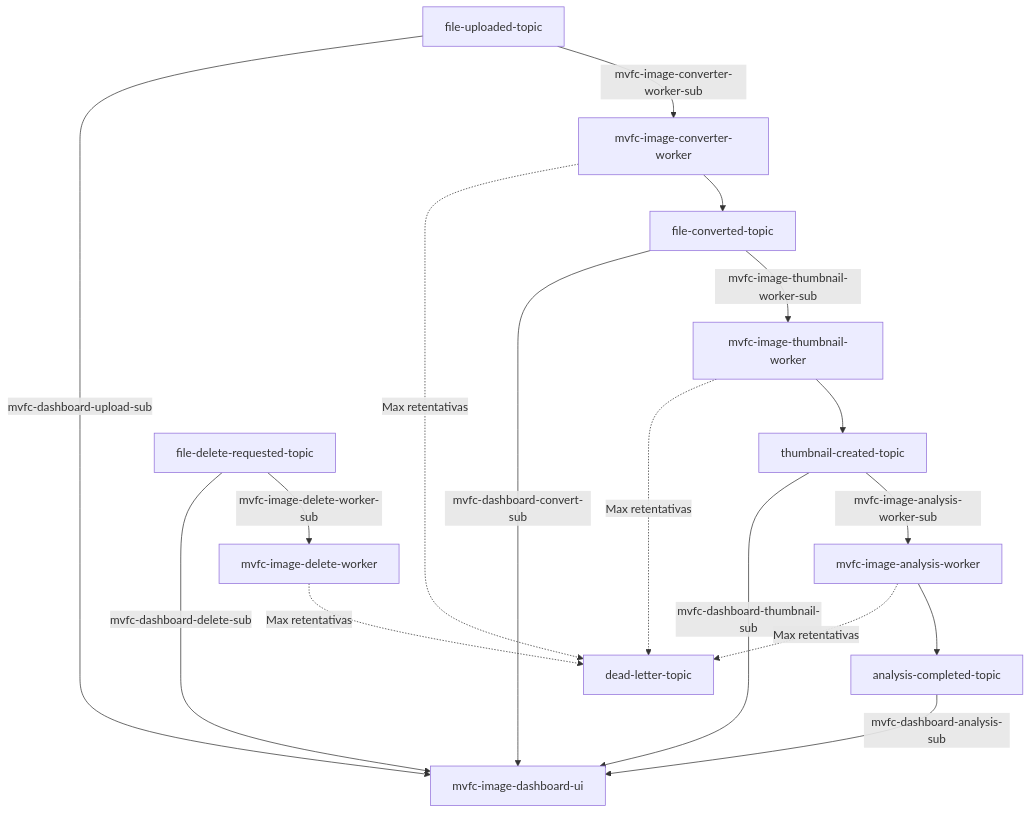
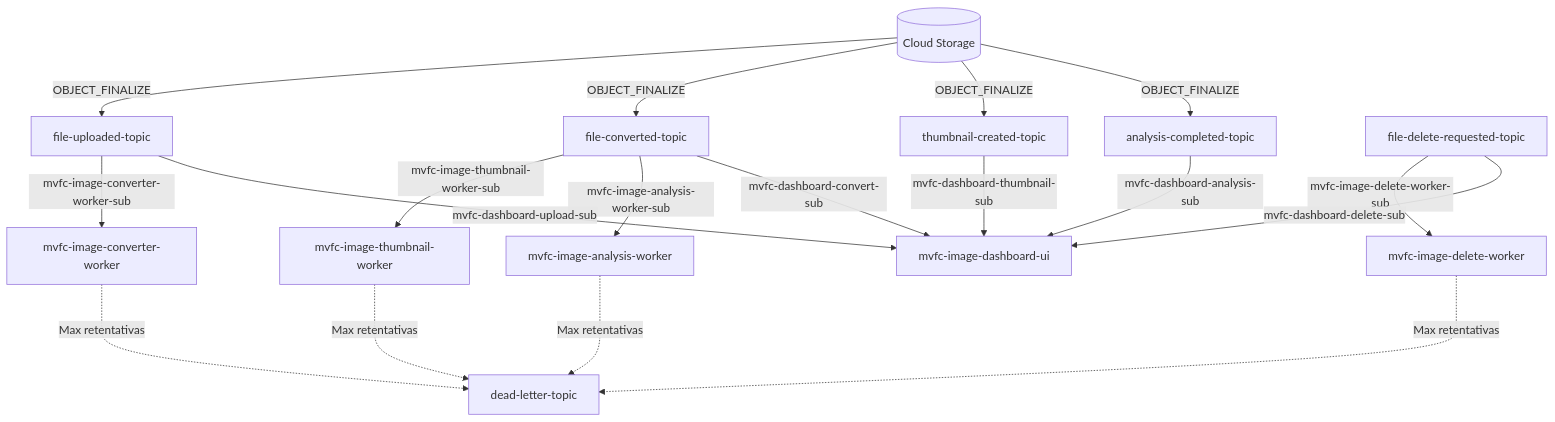
Before and after one commit to Marcus-V-Freitas/MVFC.ImageProcessing: the sixth of 6 diagrams in README.pt-BR.md, drawn with Mermaid. The commit also changed other lines of this file and 48 other files, not shown here.

First line of the commit message:
feat(architecture): migrate pipeline to GCS Object Notifications

````diff
--- a/README.pt-BR.md
+++ b/README.pt-BR.md
@@ -246,20 +290,21 @@
 ```mermaid
 graph TD
-    T1["file-uploaded-topic"] -->|mvfc-image-converter-worker-sub| CONV["mvfc-image-converter-worker"]
-    CONV --> T2["file-converted-topic"]
+    GCS[("Cloud Storage")] -->|"OBJECT_FINALIZE"| T1["file-uploaded-topic"]
+    T1 -->|mvfc-image-converter-worker-sub| CONV["mvfc-image-converter-worker"]
+    GCS -->|"OBJECT_FINALIZE"| T2["file-converted-topic"]
     T2 -->|mvfc-image-thumbnail-worker-sub| TW["mvfc-image-thumbnail-worker"]
-    TW --> T3["thumbnail-created-topic"]
-    T3 -->|mvfc-image-analysis-worker-sub| IA["mvfc-image-analysis-worker"]
-    IA --> T5["analysis-completed-topic"]
+    T2 -->|mvfc-image-analysis-worker-sub| IA["mvfc-image-analysis-worker"]
+    GCS -->|"OBJECT_FINALIZE"| T3["thumbnail-created-topic"]
+    GCS -->|"OBJECT_FINALIZE"| T5["analysis-completed-topic"]
     T5 -->|mvfc-dashboard-analysis-sub| DASH["mvfc-image-dashboard-ui"]
     T4["file-delete-requested-topic"] -->|mvfc-image-delete-worker-sub| DEL["mvfc-image-delete-worker"]
     T1 -->|mvfc-dashboard-upload-sub| DASH
     T2 -->|mvfc-dashboard-convert-sub| DASH
     T3 -->|mvfc-dashboard-thumbnail-sub| DASH
     T4 -->|mvfc-dashboard-delete-sub| DASH
 
-    CONV -.->|Max retentativas| DLQ["dead-letter-topic"]
-    TW -.->|Max retentativas| DLQ
-    IA -.->|Max retentativas| DLQ
-    DEL -.->|Max retentativas| DLQ
+    CONV -..->|Max retentativas| DLQ["dead-letter-topic"]
+    TW -..->|Max retentativas| DLQ
+    IA -..->|Max retentativas| DLQ
+    DEL -..->|Max retentativas| DLQ
 ```
````
